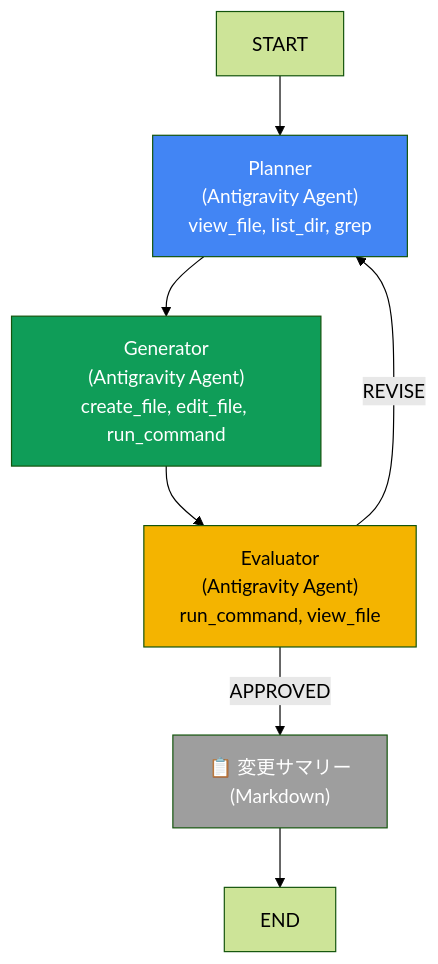
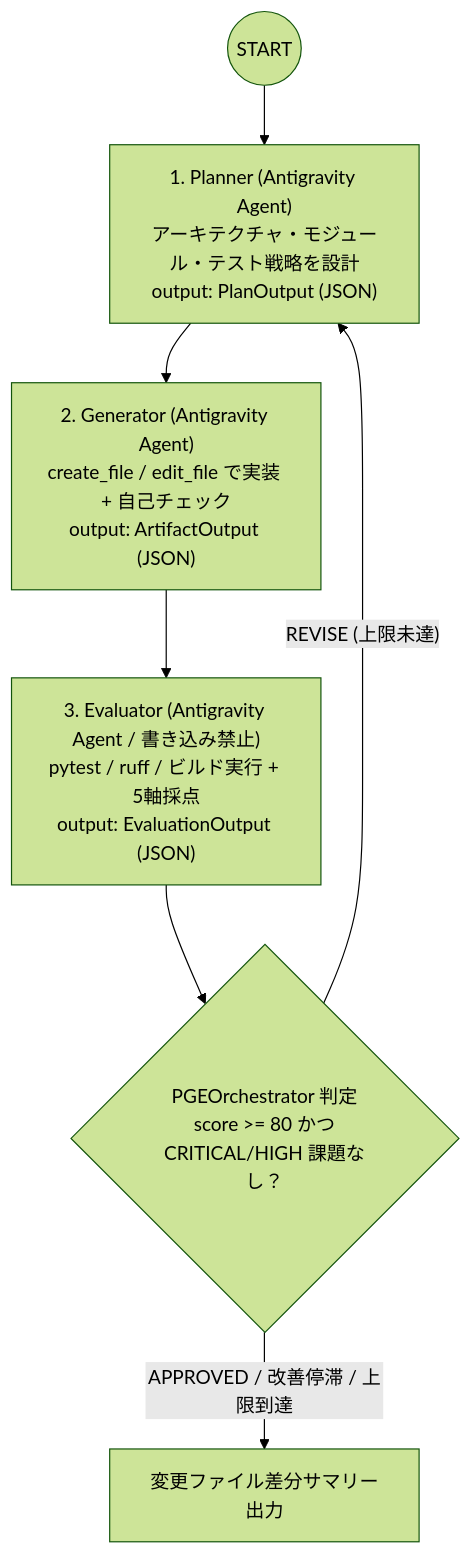
One commit to tyorikan/agent-design-patterns changed the diagram in patterns/agentic_pipeline/README.md. Above: the diagram before and after it, drawn with Mermaid (forest theme). The commit also changed other lines of this file and 15 other files, not shown here.

````diff
--- a/patterns/agentic_pipeline/README.md
+++ b/patterns/agentic_pipeline/README.md
@@ -29,14 +9,9 @@
 ```mermaid
-graph TD
-    START["START"] --> P["Planner<br/>(Antigravity Agent)<br/>view_file, list_dir, grep"]
-    P --> G["Generator<br/>(Antigravity Agent)<br/>create_file, edit_file, run_command"]
-    G --> E["Evaluator<br/>(Antigravity Agent)<br/>run_command, view_file"]
-    E -->|REVISE| P
-    E -->|APPROVED| SUMMARY["📋 変更サマリー<br/>(Markdown)"]
-    SUMMARY --> END["END"]
-
-    style P fill:#4285F4,color:#fff
-    style G fill:#0F9D58,color:#fff
-    style E fill:#F4B400,color:#000
-    style SUMMARY fill:#9E9E9E,color:#fff
+flowchart TD
+    START(("START")) --> P["1. Planner (Antigravity Agent)<br/>アーキテクチャ・モジュール・テスト戦略を設計<br/>output: PlanOutput (JSON)"]
+    P --> G["2. Generator (Antigravity Agent)<br/>create_file / edit_file で実装 + 自己チェック<br/>output: ArtifactOutput (JSON)"]
+    G --> E["3. Evaluator (Antigravity Agent / 書き込み禁止)<br/>pytest / ruff / ビルド実行 + 5軸採点<br/>output: EvaluationOutput (JSON)"]
+    E --> D{"PGEOrchestrator 判定<br/>score >= 80 かつ<br/>CRITICAL/HIGH 課題なし？"}
+    D -->|"REVISE (上限未達)"| P
+    D -->|"APPROVED / 改善停滞 / 上限到達"| SUM["変更ファイル差分サマリー出力"]
 ```
````
